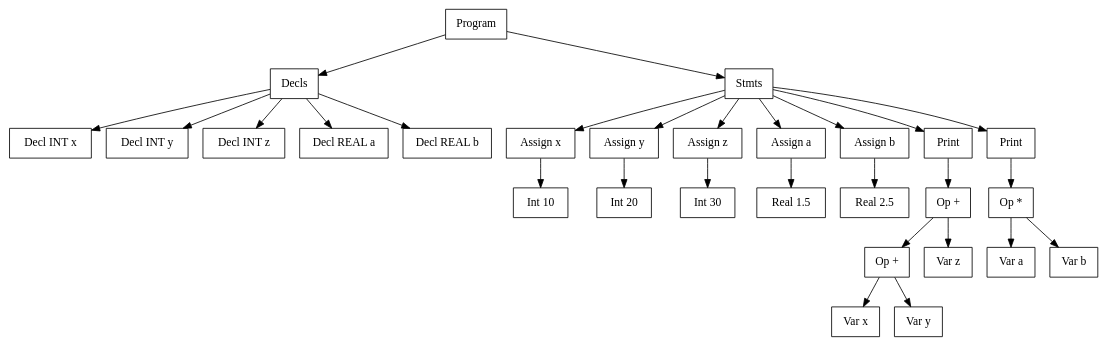
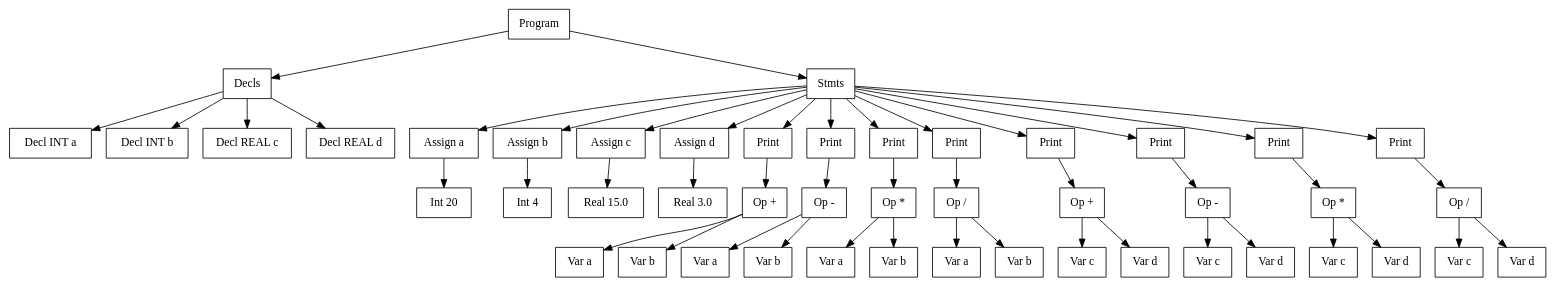
Before and after one commit to Otto-Schmitz/trabalho_gb_compiladores: the diagram in ast.dot, drawn with Graphviz. The commit also changed 2 other files, not shown here.

```diff
--- a/ast.dot
+++ b/ast.dot
@@ -1,58 +1,96 @@
 digraph AST {
   node [shape=box, fontname="Consolas"];
   n0 [label="Program"];
   n1 [label="Decls"];
   n0 -> n1;
-  n2 [label="Decl INT x"];
+  n2 [label="Decl INT a"];
   n1 -> n2;
-  n3 [label="Decl INT y"];
+  n3 [label="Decl INT b"];
   n1 -> n3;
-  n4 [label="Decl INT z"];
+  n4 [label="Decl REAL c"];
   n1 -> n4;
-  n5 [label="Decl REAL a"];
+  n5 [label="Decl REAL d"];
   n1 -> n5;
-  n6 [label="Decl REAL b"];
-  n1 -> n6;
-  n7 [label="Stmts"];
-  n0 -> n7;
-  n8 [label="Assign x"];
-  n9 [label="Int 10"];
-  n8 -> n9;
+  n6 [label="Stmts"];
+  n0 -> n6;
+  n7 [label="Assign a"];
+  n8 [label="Int 20"];
   n7 -> n8;
-  n10 [label="Assign y"];
-  n11 [label="Int 20"];
-  n10 -> n11;
-  n7 -> n10;
-  n12 [label="Assign z"];
-  n13 [label="Int 30"];
-  n12 -> n13;
-  n7 -> n12;
-  n14 [label="Assign a"];
-  n15 [label="Real 1.5"];
-  n14 -> n15;
-  n7 -> n14;
-  n16 [label="Assign b"];
-  n17 [label="Real 2.5"];
+  n6 -> n7;
+  n9 [label="Assign b"];
+  n10 [label="Int 4"];
+  n9 -> n10;
+  n6 -> n9;
+  n11 [label="Assign c"];
+  n12 [label="Real 15.0"];
+  n11 -> n12;
+  n6 -> n11;
+  n13 [label="Assign d"];
+  n14 [label="Real 3.0"];
+  n13 -> n14;
+  n6 -> n13;
+  n15 [label="Print"];
+  n16 [label="Op +"];
+  n17 [label="Var a"];
+  n18 [label="Var b"];
   n16 -> n17;
-  n7 -> n16;
-  n18 [label="Print"];
-  n19 [label="Op +"];
-  n20 [label="Op +"];
-  n21 [label="Var x"];
-  n22 [label="Var y"];
+  n16 -> n18;
+  n15 -> n16;
+  n6 -> n15;
+  n19 [label="Print"];
+  n20 [label="Op -"];
+  n21 [label="Var a"];
+  n22 [label="Var b"];
   n20 -> n21;
   n20 -> n22;
-  n23 [label="Var z"];
   n19 -> n20;
-  n19 -> n23;
-  n18 -> n19;
-  n7 -> n18;
-  n24 [label="Print"];
-  n25 [label="Op *"];
-  n26 [label="Var a"];
-  n27 [label="Var b"];
-  n25 -> n26;
-  n25 -> n27;
+  n6 -> n19;
+  n23 [label="Print"];
+  n24 [label="Op *"];
+  n25 [label="Var a"];
+  n26 [label="Var b"];
   n24 -> n25;
-  n7 -> n24;
+  n24 -> n26;
+  n23 -> n24;
+  n6 -> n23;
+  n27 [label="Print"];
+  n28 [label="Op /"];
+  n29 [label="Var a"];
+  n30 [label="Var b"];
+  n28 -> n29;
+  n28 -> n30;
+  n27 -> n28;
+  n6 -> n27;
+  n31 [label="Print"];
+  n32 [label="Op +"];
+  n33 [label="Var c"];
+  n34 [label="Var d"];
+  n32 -> n33;
+  n32 -> n34;
+  n31 -> n32;
+  n6 -> n31;
+  n35 [label="Print"];
+  n36 [label="Op -"];
+  n37 [label="Var c"];
+  n38 [label="Var d"];
+  n36 -> n37;
+  n36 -> n38;
+  n35 -> n36;
+  n6 -> n35;
+  n39 [label="Print"];
+  n40 [label="Op *"];
+  n41 [label="Var c"];
+  n42 [label="Var d"];
+  n40 -> n41;
+  n40 -> n42;
+  n39 -> n40;
+  n6 -> n39;
+  n43 [label="Print"];
+  n44 [label="Op /"];
+  n45 [label="Var c"];
+  n46 [label="Var d"];
+  n44 -> n45;
+  n44 -> n46;
+  n43 -> n44;
+  n6 -> n43;
 }
```
